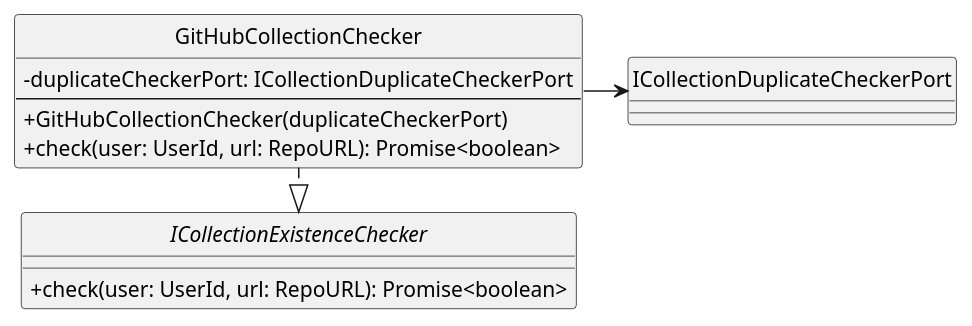
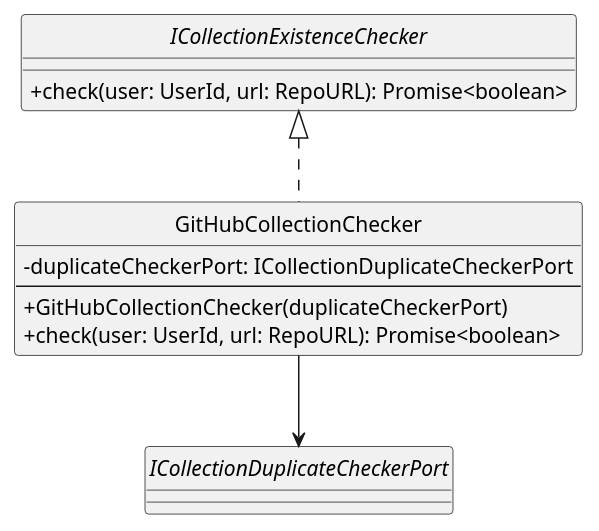
Before and after one commit to SkarabGroup/DocumentazioneProgetto: the diagram in assets/st_diagrams/code/plantuml/analysis/application/services/gitHubCollectionChecker.as.plantuml, drawn with PlantUML. The commit also changed 36 other files, not shown here.

```diff
--- a/assets/st_diagrams/code/plantuml/analysis/application/services/gitHubCollectionChecker.as.plantuml
+++ b/assets/st_diagrams/code/plantuml/analysis/application/services/gitHubCollectionChecker.as.plantuml
@@ -1,22 +1,25 @@
 @startuml GitHubCollectionChecker
 skinparam componentStyle uml2.5
 skinparam linetype ortho
 skinparam nodesep 30
 skinparam ranksep 30
 skinparam ClassAttributeIconSize 0
 hide circles
 
 interface ICollectionExistenceChecker {
     + check(user: UserId, url: RepoURL): Promise<boolean>
 }
 
+interface ICollectionDuplicateCheckerPort
+
 class GitHubCollectionChecker {
     - duplicateCheckerPort: ICollectionDuplicateCheckerPort
     ---
     + GitHubCollectionChecker(duplicateCheckerPort)
     + check(user: UserId, url: RepoURL): Promise<boolean>
 }
 
-GitHubCollectionChecker ..|> ICollectionExistenceChecker
-GitHubCollectionChecker --right-> ICollectionDuplicateCheckerPort
+GitHubCollectionChecker ..up.|> ICollectionExistenceChecker
+GitHubCollectionChecker --down-> ICollectionDuplicateCheckerPort 
+
 @enduml
```
